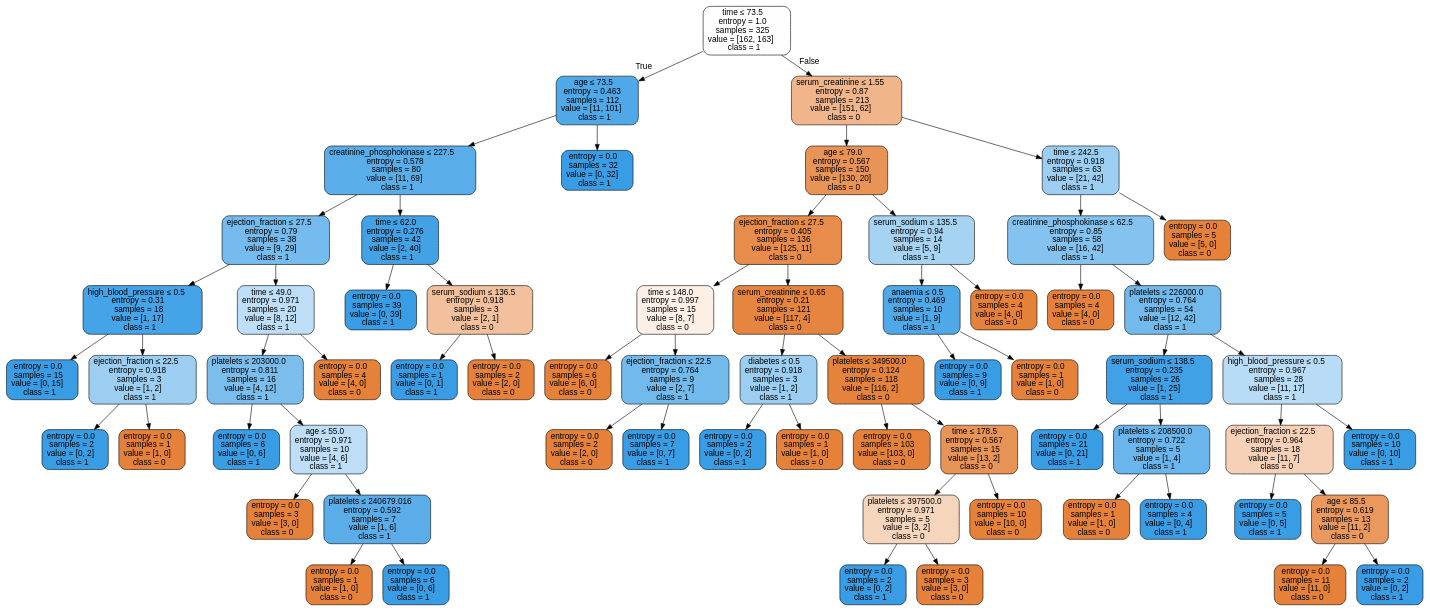
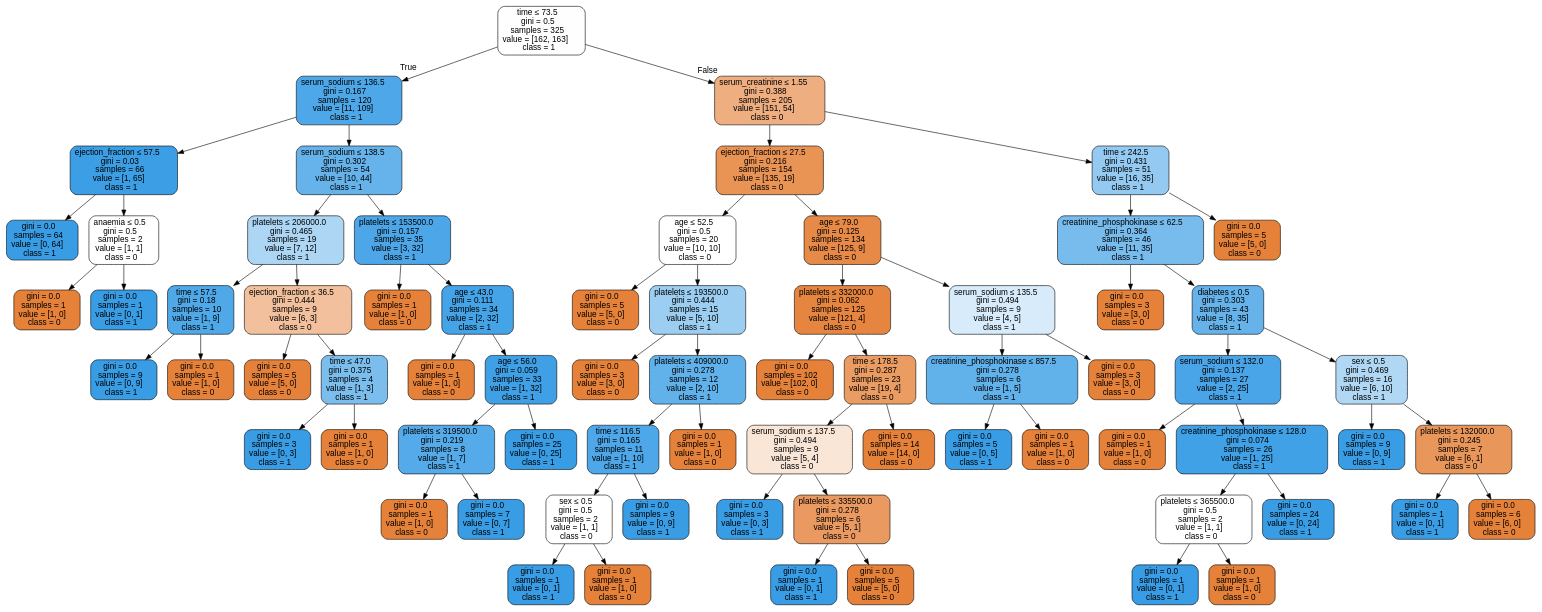
The diagram in Labs/NewClassifiers/Results/DecisionTrees/OverSample/First/HFCR - OverSample - dtree.dot (isabelSoares/CD-2021), drawn with Graphviz before and after one commit. The commit also changed 275 other files, not shown here.

```diff
--- a/Labs/NewClassifiers/Results/DecisionTrees/OverSample/First/HFCR - OverSample - dtree.dot
+++ b/Labs/NewClassifiers/Results/DecisionTrees/OverSample/First/HFCR - OverSample - dtree.dot
@@ -1,133 +1,145 @@
 digraph Tree {
 node [shape=box, style="filled, rounded", color="black", fontname=helvetica] ;
 edge [fontname=helvetica] ;
-0 [label=<time &le; 73.5<br/>entropy = 1.0<br/>samples = 325<br/>value = [162, 163]<br/>class = 1>, fillcolor="#fefeff"] ;
-1 [label=<age &le; 73.5<br/>entropy = 0.463<br/>samples = 112<br/>value = [11, 101]<br/>class = 1>, fillcolor="#4fa8e8"] ;
+0 [label=<time &le; 73.5<br/>gini = 0.5<br/>samples = 325<br/>value = [162, 163]<br/>class = 1>, fillcolor="#fefeff"] ;
+1 [label=<serum_sodium &le; 136.5<br/>gini = 0.167<br/>samples = 120<br/>value = [11, 109]<br/>class = 1>, fillcolor="#4da7e8"] ;
 0 -> 1 [labeldistance=2.5, labelangle=45, headlabel="True"] ;
-2 [label=<creatinine_phosphokinase &le; 227.5<br/>entropy = 0.578<br/>samples = 80<br/>value = [11, 69]<br/>class = 1>, fillcolor="#59ade9"] ;
+2 [label=<ejection_fraction &le; 57.5<br/>gini = 0.03<br/>samples = 66<br/>value = [1, 65]<br/>class = 1>, fillcolor="#3c9fe5"] ;
 1 -> 2 ;
-3 [label=<ejection_fraction &le; 27.5<br/>entropy = 0.79<br/>samples = 38<br/>value = [9, 29]<br/>class = 1>, fillcolor="#76bbed"] ;
+3 [label=<gini = 0.0<br/>samples = 64<br/>value = [0, 64]<br/>class = 1>, fillcolor="#399de5"] ;
 2 -> 3 ;
-4 [label=<high_blood_pressure &le; 0.5<br/>entropy = 0.31<br/>samples = 18<br/>value = [1, 17]<br/>class = 1>, fillcolor="#45a3e7"] ;
-3 -> 4 ;
-5 [label=<entropy = 0.0<br/>samples = 15<br/>value = [0, 15]<br/>class = 1>, fillcolor="#399de5"] ;
+4 [label=<anaemia &le; 0.5<br/>gini = 0.5<br/>samples = 2<br/>value = [1, 1]<br/>class = 0>, fillcolor="#ffffff"] ;
+2 -> 4 ;
+5 [label=<gini = 0.0<br/>samples = 1<br/>value = [1, 0]<br/>class = 0>, fillcolor="#e58139"] ;
 4 -> 5 ;
-6 [label=<ejection_fraction &le; 22.5<br/>entropy = 0.918<br/>samples = 3<br/>value = [1, 2]<br/>class = 1>, fillcolor="#9ccef2"] ;
+6 [label=<gini = 0.0<br/>samples = 1<br/>value = [0, 1]<br/>class = 1>, fillcolor="#399de5"] ;
 4 -> 6 ;
-7 [label=<entropy = 0.0<br/>samples = 2<br/>value = [0, 2]<br/>class = 1>, fillcolor="#399de5"] ;
-6 -> 7 ;
-8 [label=<entropy = 0.0<br/>samples = 1<br/>value = [1, 0]<br/>class = 0>, fillcolor="#e58139"] ;
-6 -> 8 ;
-9 [label=<time &le; 49.0<br/>entropy = 0.971<br/>samples = 20<br/>value = [8, 12]<br/>class = 1>, fillcolor="#bddef6"] ;
-3 -> 9 ;
-10 [label=<platelets &le; 203000.0<br/>entropy = 0.811<br/>samples = 16<br/>value = [4, 12]<br/>class = 1>, fillcolor="#7bbeee"] ;
+7 [label=<serum_sodium &le; 138.5<br/>gini = 0.302<br/>samples = 54<br/>value = [10, 44]<br/>class = 1>, fillcolor="#66b3eb"] ;
+1 -> 7 ;
+8 [label=<platelets &le; 206000.0<br/>gini = 0.465<br/>samples = 19<br/>value = [7, 12]<br/>class = 1>, fillcolor="#acd6f4"] ;
+7 -> 8 ;
+9 [label=<time &le; 57.5<br/>gini = 0.18<br/>samples = 10<br/>value = [1, 9]<br/>class = 1>, fillcolor="#4fa8e8"] ;
+8 -> 9 ;
+10 [label=<gini = 0.0<br/>samples = 9<br/>value = [0, 9]<br/>class = 1>, fillcolor="#399de5"] ;
 9 -> 10 ;
-11 [label=<entropy = 0.0<br/>samples = 6<br/>value = [0, 6]<br/>class = 1>, fillcolor="#399de5"] ;
-10 -> 11 ;
-12 [label=<age &le; 55.0<br/>entropy = 0.971<br/>samples = 10<br/>value = [4, 6]<br/>class = 1>, fillcolor="#bddef6"] ;
-10 -> 12 ;
-13 [label=<entropy = 0.0<br/>samples = 3<br/>value = [3, 0]<br/>class = 0>, fillcolor="#e58139"] ;
+11 [label=<gini = 0.0<br/>samples = 1<br/>value = [1, 0]<br/>class = 0>, fillcolor="#e58139"] ;
+9 -> 11 ;
+12 [label=<ejection_fraction &le; 36.5<br/>gini = 0.444<br/>samples = 9<br/>value = [6, 3]<br/>class = 0>, fillcolor="#f2c09c"] ;
+8 -> 12 ;
+13 [label=<gini = 0.0<br/>samples = 5<br/>value = [5, 0]<br/>class = 0>, fillcolor="#e58139"] ;
 12 -> 13 ;
-14 [label=<platelets &le; 240679.016<br/>entropy = 0.592<br/>samples = 7<br/>value = [1, 6]<br/>class = 1>, fillcolor="#5aade9"] ;
+14 [label=<time &le; 47.0<br/>gini = 0.375<br/>samples = 4<br/>value = [1, 3]<br/>class = 1>, fillcolor="#7bbeee"] ;
 12 -> 14 ;
-15 [label=<entropy = 0.0<br/>samples = 1<br/>value = [1, 0]<br/>class = 0>, fillcolor="#e58139"] ;
+15 [label=<gini = 0.0<br/>samples = 3<br/>value = [0, 3]<br/>class = 1>, fillcolor="#399de5"] ;
 14 -> 15 ;
-16 [label=<entropy = 0.0<br/>samples = 6<br/>value = [0, 6]<br/>class = 1>, fillcolor="#399de5"] ;
+16 [label=<gini = 0.0<br/>samples = 1<br/>value = [1, 0]<br/>class = 0>, fillcolor="#e58139"] ;
 14 -> 16 ;
-17 [label=<entropy = 0.0<br/>samples = 4<br/>value = [4, 0]<br/>class = 0>, fillcolor="#e58139"] ;
-9 -> 17 ;
-18 [label=<time &le; 62.0<br/>entropy = 0.276<br/>samples = 42<br/>value = [2, 40]<br/>class = 1>, fillcolor="#43a2e6"] ;
-2 -> 18 ;
-19 [label=<entropy = 0.0<br/>samples = 39<br/>value = [0, 39]<br/>class = 1>, fillcolor="#399de5"] ;
-18 -> 19 ;
-20 [label=<serum_sodium &le; 136.5<br/>entropy = 0.918<br/>samples = 3<br/>value = [2, 1]<br/>class = 0>, fillcolor="#f2c09c"] ;
-18 -> 20 ;
-21 [label=<entropy = 0.0<br/>samples = 1<br/>value = [0, 1]<br/>class = 1>, fillcolor="#399de5"] ;
-20 -> 21 ;
-22 [label=<entropy = 0.0<br/>samples = 2<br/>value = [2, 0]<br/>class = 0>, fillcolor="#e58139"] ;
-20 -> 22 ;
-23 [label=<entropy = 0.0<br/>samples = 32<br/>value = [0, 32]<br/>class = 1>, fillcolor="#399de5"] ;
-1 -> 23 ;
-24 [label=<serum_creatinine &le; 1.55<br/>entropy = 0.87<br/>samples = 213<br/>value = [151, 62]<br/>class = 0>, fillcolor="#f0b58a"] ;
-0 -> 24 [labeldistance=2.5, labelangle=-45, headlabel="False"] ;
-25 [label=<age &le; 79.0<br/>entropy = 0.567<br/>samples = 150<br/>value = [130, 20]<br/>class = 0>, fillcolor="#e99457"] ;
-24 -> 25 ;
-26 [label=<ejection_fraction &le; 27.5<br/>entropy = 0.405<br/>samples = 136<br/>value = [125, 11]<br/>class = 0>, fillcolor="#e78c4a"] ;
-25 -> 26 ;
-27 [label=<time &le; 148.0<br/>entropy = 0.997<br/>samples = 15<br/>value = [8, 7]<br/>class = 0>, fillcolor="#fcefe6"] ;
+17 [label=<platelets &le; 153500.0<br/>gini = 0.157<br/>samples = 35<br/>value = [3, 32]<br/>class = 1>, fillcolor="#4ca6e7"] ;
+7 -> 17 ;
+18 [label=<gini = 0.0<br/>samples = 1<br/>value = [1, 0]<br/>class = 0>, fillcolor="#e58139"] ;
+17 -> 18 ;
+19 [label=<age &le; 43.0<br/>gini = 0.111<br/>samples = 34<br/>value = [2, 32]<br/>class = 1>, fillcolor="#45a3e7"] ;
+17 -> 19 ;
+20 [label=<gini = 0.0<br/>samples = 1<br/>value = [1, 0]<br/>class = 0>, fillcolor="#e58139"] ;
+19 -> 20 ;
+21 [label=<age &le; 56.0<br/>gini = 0.059<br/>samples = 33<br/>value = [1, 32]<br/>class = 1>, fillcolor="#3fa0e6"] ;
+19 -> 21 ;
+22 [label=<platelets &le; 319500.0<br/>gini = 0.219<br/>samples = 8<br/>value = [1, 7]<br/>class = 1>, fillcolor="#55abe9"] ;
+21 -> 22 ;
+23 [label=<gini = 0.0<br/>samples = 1<br/>value = [1, 0]<br/>class = 0>, fillcolor="#e58139"] ;
+22 -> 23 ;
+24 [label=<gini = 0.0<br/>samples = 7<br/>value = [0, 7]<br/>class = 1>, fillcolor="#399de5"] ;
+22 -> 24 ;
+25 [label=<gini = 0.0<br/>samples = 25<br/>value = [0, 25]<br/>class = 1>, fillcolor="#399de5"] ;
+21 -> 25 ;
+26 [label=<serum_creatinine &le; 1.55<br/>gini = 0.388<br/>samples = 205<br/>value = [151, 54]<br/>class = 0>, fillcolor="#eeae80"] ;
+0 -> 26 [labeldistance=2.5, labelangle=-45, headlabel="False"] ;
+27 [label=<ejection_fraction &le; 27.5<br/>gini = 0.216<br/>samples = 154<br/>value = [135, 19]<br/>class = 0>, fillcolor="#e99355"] ;
 26 -> 27 ;
-28 [label=<entropy = 0.0<br/>samples = 6<br/>value = [6, 0]<br/>class = 0>, fillcolor="#e58139"] ;
+28 [label=<age &le; 52.5<br/>gini = 0.5<br/>samples = 20<br/>value = [10, 10]<br/>class = 0>, fillcolor="#ffffff"] ;
 27 -> 28 ;
-29 [label=<ejection_fraction &le; 22.5<br/>entropy = 0.764<br/>samples = 9<br/>value = [2, 7]<br/>class = 1>, fillcolor="#72b9ec"] ;
-27 -> 29 ;
-30 [label=<entropy = 0.0<br/>samples = 2<br/>value = [2, 0]<br/>class = 0>, fillcolor="#e58139"] ;
-29 -> 30 ;
-31 [label=<entropy = 0.0<br/>samples = 7<br/>value = [0, 7]<br/>class = 1>, fillcolor="#399de5"] ;
-29 -> 31 ;
-32 [label=<serum_creatinine &le; 0.65<br/>entropy = 0.21<br/>samples = 121<br/>value = [117, 4]<br/>class = 0>, fillcolor="#e68540"] ;
-26 -> 32 ;
-33 [label=<diabetes &le; 0.5<br/>entropy = 0.918<br/>samples = 3<br/>value = [1, 2]<br/>class = 1>, fillcolor="#9ccef2"] ;
+29 [label=<gini = 0.0<br/>samples = 5<br/>value = [5, 0]<br/>class = 0>, fillcolor="#e58139"] ;
+28 -> 29 ;
+30 [label=<platelets &le; 193500.0<br/>gini = 0.444<br/>samples = 15<br/>value = [5, 10]<br/>class = 1>, fillcolor="#9ccef2"] ;
+28 -> 30 ;
+31 [label=<gini = 0.0<br/>samples = 3<br/>value = [3, 0]<br/>class = 0>, fillcolor="#e58139"] ;
+30 -> 31 ;
+32 [label=<platelets &le; 409000.0<br/>gini = 0.278<br/>samples = 12<br/>value = [2, 10]<br/>class = 1>, fillcolor="#61b1ea"] ;
+30 -> 32 ;
+33 [label=<time &le; 116.5<br/>gini = 0.165<br/>samples = 11<br/>value = [1, 10]<br/>class = 1>, fillcolor="#4da7e8"] ;
 32 -> 33 ;
-34 [label=<entropy = 0.0<br/>samples = 2<br/>value = [0, 2]<br/>class = 1>, fillcolor="#399de5"] ;
+34 [label=<sex &le; 0.5<br/>gini = 0.5<br/>samples = 2<br/>value = [1, 1]<br/>class = 0>, fillcolor="#ffffff"] ;
 33 -> 34 ;
-35 [label=<entropy = 0.0<br/>samples = 1<br/>value = [1, 0]<br/>class = 0>, fillcolor="#e58139"] ;
-33 -> 35 ;
-36 [label=<platelets &le; 349500.0<br/>entropy = 0.124<br/>samples = 118<br/>value = [116, 2]<br/>class = 0>, fillcolor="#e5833c"] ;
-32 -> 36 ;
-37 [label=<entropy = 0.0<br/>samples = 103<br/>value = [103, 0]<br/>class = 0>, fillcolor="#e58139"] ;
-36 -> 37 ;
-38 [label=<time &le; 178.5<br/>entropy = 0.567<br/>samples = 15<br/>value = [13, 2]<br/>class = 0>, fillcolor="#e99457"] ;
-36 -> 38 ;
-39 [label=<platelets &le; 397500.0<br/>entropy = 0.971<br/>samples = 5<br/>value = [3, 2]<br/>class = 0>, fillcolor="#f6d5bd"] ;
-38 -> 39 ;
-40 [label=<entropy = 0.0<br/>samples = 2<br/>value = [0, 2]<br/>class = 1>, fillcolor="#399de5"] ;
+35 [label=<gini = 0.0<br/>samples = 1<br/>value = [0, 1]<br/>class = 1>, fillcolor="#399de5"] ;
+34 -> 35 ;
+36 [label=<gini = 0.0<br/>samples = 1<br/>value = [1, 0]<br/>class = 0>, fillcolor="#e58139"] ;
+34 -> 36 ;
+37 [label=<gini = 0.0<br/>samples = 9<br/>value = [0, 9]<br/>class = 1>, fillcolor="#399de5"] ;
+33 -> 37 ;
+38 [label=<gini = 0.0<br/>samples = 1<br/>value = [1, 0]<br/>class = 0>, fillcolor="#e58139"] ;
+32 -> 38 ;
+39 [label=<age &le; 79.0<br/>gini = 0.125<br/>samples = 134<br/>value = [125, 9]<br/>class = 0>, fillcolor="#e78a47"] ;
+27 -> 39 ;
+40 [label=<platelets &le; 332000.0<br/>gini = 0.062<br/>samples = 125<br/>value = [121, 4]<br/>class = 0>, fillcolor="#e68540"] ;
 39 -> 40 ;
-41 [label=<entropy = 0.0<br/>samples = 3<br/>value = [3, 0]<br/>class = 0>, fillcolor="#e58139"] ;
-39 -> 41 ;
-42 [label=<entropy = 0.0<br/>samples = 10<br/>value = [10, 0]<br/>class = 0>, fillcolor="#e58139"] ;
-38 -> 42 ;
-43 [label=<serum_sodium &le; 135.5<br/>entropy = 0.94<br/>samples = 14<br/>value = [5, 9]<br/>class = 1>, fillcolor="#a7d3f3"] ;
-25 -> 43 ;
-44 [label=<anaemia &le; 0.5<br/>entropy = 0.469<br/>samples = 10<br/>value = [1, 9]<br/>class = 1>, fillcolor="#4fa8e8"] ;
+41 [label=<gini = 0.0<br/>samples = 102<br/>value = [102, 0]<br/>class = 0>, fillcolor="#e58139"] ;
+40 -> 41 ;
+42 [label=<time &le; 178.5<br/>gini = 0.287<br/>samples = 23<br/>value = [19, 4]<br/>class = 0>, fillcolor="#ea9c63"] ;
+40 -> 42 ;
+43 [label=<serum_sodium &le; 137.5<br/>gini = 0.494<br/>samples = 9<br/>value = [5, 4]<br/>class = 0>, fillcolor="#fae6d7"] ;
+42 -> 43 ;
+44 [label=<gini = 0.0<br/>samples = 3<br/>value = [0, 3]<br/>class = 1>, fillcolor="#399de5"] ;
 43 -> 44 ;
-45 [label=<entropy = 0.0<br/>samples = 9<br/>value = [0, 9]<br/>class = 1>, fillcolor="#399de5"] ;
-44 -> 45 ;
-46 [label=<entropy = 0.0<br/>samples = 1<br/>value = [1, 0]<br/>class = 0>, fillcolor="#e58139"] ;
-44 -> 46 ;
-47 [label=<entropy = 0.0<br/>samples = 4<br/>value = [4, 0]<br/>class = 0>, fillcolor="#e58139"] ;
-43 -> 47 ;
-48 [label=<time &le; 242.5<br/>entropy = 0.918<br/>samples = 63<br/>value = [21, 42]<br/>class = 1>, fillcolor="#9ccef2"] ;
-24 -> 48 ;
-49 [label=<creatinine_phosphokinase &le; 62.5<br/>entropy = 0.85<br/>samples = 58<br/>value = [16, 42]<br/>class = 1>, fillcolor="#84c2ef"] ;
-48 -> 49 ;
-50 [label=<entropy = 0.0<br/>samples = 4<br/>value = [4, 0]<br/>class = 0>, fillcolor="#e58139"] ;
+45 [label=<platelets &le; 335500.0<br/>gini = 0.278<br/>samples = 6<br/>value = [5, 1]<br/>class = 0>, fillcolor="#ea9a61"] ;
+43 -> 45 ;
+46 [label=<gini = 0.0<br/>samples = 1<br/>value = [0, 1]<br/>class = 1>, fillcolor="#399de5"] ;
+45 -> 46 ;
+47 [label=<gini = 0.0<br/>samples = 5<br/>value = [5, 0]<br/>class = 0>, fillcolor="#e58139"] ;
+45 -> 47 ;
+48 [label=<gini = 0.0<br/>samples = 14<br/>value = [14, 0]<br/>class = 0>, fillcolor="#e58139"] ;
+42 -> 48 ;
+49 [label=<serum_sodium &le; 135.5<br/>gini = 0.494<br/>samples = 9<br/>value = [4, 5]<br/>class = 1>, fillcolor="#d7ebfa"] ;
+39 -> 49 ;
+50 [label=<creatinine_phosphokinase &le; 857.5<br/>gini = 0.278<br/>samples = 6<br/>value = [1, 5]<br/>class = 1>, fillcolor="#61b1ea"] ;
 49 -> 50 ;
-51 [label=<platelets &le; 226000.0<br/>entropy = 0.764<br/>samples = 54<br/>value = [12, 42]<br/>class = 1>, fillcolor="#72b9ec"] ;
-49 -> 51 ;
-52 [label=<serum_sodium &le; 138.5<br/>entropy = 0.235<br/>samples = 26<br/>value = [1, 25]<br/>class = 1>, fillcolor="#41a1e6"] ;
-51 -> 52 ;
-53 [label=<entropy = 0.0<br/>samples = 21<br/>value = [0, 21]<br/>class = 1>, fillcolor="#399de5"] ;
-52 -> 53 ;
-54 [label=<platelets &le; 208500.0<br/>entropy = 0.722<br/>samples = 5<br/>value = [1, 4]<br/>class = 1>, fillcolor="#6ab6ec"] ;
-52 -> 54 ;
-55 [label=<entropy = 0.0<br/>samples = 1<br/>value = [1, 0]<br/>class = 0>, fillcolor="#e58139"] ;
+51 [label=<gini = 0.0<br/>samples = 5<br/>value = [0, 5]<br/>class = 1>, fillcolor="#399de5"] ;
+50 -> 51 ;
+52 [label=<gini = 0.0<br/>samples = 1<br/>value = [1, 0]<br/>class = 0>, fillcolor="#e58139"] ;
+50 -> 52 ;
+53 [label=<gini = 0.0<br/>samples = 3<br/>value = [3, 0]<br/>class = 0>, fillcolor="#e58139"] ;
+49 -> 53 ;
+54 [label=<time &le; 242.5<br/>gini = 0.431<br/>samples = 51<br/>value = [16, 35]<br/>class = 1>, fillcolor="#94caf1"] ;
+26 -> 54 ;
+55 [label=<creatinine_phosphokinase &le; 62.5<br/>gini = 0.364<br/>samples = 46<br/>value = [11, 35]<br/>class = 1>, fillcolor="#77bced"] ;
 54 -> 55 ;
-56 [label=<entropy = 0.0<br/>samples = 4<br/>value = [0, 4]<br/>class = 1>, fillcolor="#399de5"] ;
-54 -> 56 ;
-57 [label=<high_blood_pressure &le; 0.5<br/>entropy = 0.967<br/>samples = 28<br/>value = [11, 17]<br/>class = 1>, fillcolor="#b9dcf6"] ;
-51 -> 57 ;
-58 [label=<ejection_fraction &le; 22.5<br/>entropy = 0.964<br/>samples = 18<br/>value = [11, 7]<br/>class = 0>, fillcolor="#f6d1b7"] ;
+56 [label=<gini = 0.0<br/>samples = 3<br/>value = [3, 0]<br/>class = 0>, fillcolor="#e58139"] ;
+55 -> 56 ;
+57 [label=<diabetes &le; 0.5<br/>gini = 0.303<br/>samples = 43<br/>value = [8, 35]<br/>class = 1>, fillcolor="#66b3eb"] ;
+55 -> 57 ;
+58 [label=<serum_sodium &le; 132.0<br/>gini = 0.137<br/>samples = 27<br/>value = [2, 25]<br/>class = 1>, fillcolor="#49a5e7"] ;
 57 -> 58 ;
-59 [label=<entropy = 0.0<br/>samples = 5<br/>value = [0, 5]<br/>class = 1>, fillcolor="#399de5"] ;
+59 [label=<gini = 0.0<br/>samples = 1<br/>value = [1, 0]<br/>class = 0>, fillcolor="#e58139"] ;
 58 -> 59 ;
-60 [label=<age &le; 85.5<br/>entropy = 0.619<br/>samples = 13<br/>value = [11, 2]<br/>class = 0>, fillcolor="#ea985d"] ;
+60 [label=<creatinine_phosphokinase &le; 128.0<br/>gini = 0.074<br/>samples = 26<br/>value = [1, 25]<br/>class = 1>, fillcolor="#41a1e6"] ;
 58 -> 60 ;
-61 [label=<entropy = 0.0<br/>samples = 11<br/>value = [11, 0]<br/>class = 0>, fillcolor="#e58139"] ;
+61 [label=<platelets &le; 365500.0<br/>gini = 0.5<br/>samples = 2<br/>value = [1, 1]<br/>class = 0>, fillcolor="#ffffff"] ;
 60 -> 61 ;
-62 [label=<entropy = 0.0<br/>samples = 2<br/>value = [0, 2]<br/>class = 1>, fillcolor="#399de5"] ;
-60 -> 62 ;
-63 [label=<entropy = 0.0<br/>samples = 10<br/>value = [0, 10]<br/>class = 1>, fillcolor="#399de5"] ;
-57 -> 63 ;
-64 [label=<entropy = 0.0<br/>samples = 5<br/>value = [5, 0]<br/>class = 0>, fillcolor="#e58139"] ;
-48 -> 64 ;
+62 [label=<gini = 0.0<br/>samples = 1<br/>value = [0, 1]<br/>class = 1>, fillcolor="#399de5"] ;
+61 -> 62 ;
+63 [label=<gini = 0.0<br/>samples = 1<br/>value = [1, 0]<br/>class = 0>, fillcolor="#e58139"] ;
+61 -> 63 ;
+64 [label=<gini = 0.0<br/>samples = 24<br/>value = [0, 24]<br/>class = 1>, fillcolor="#399de5"] ;
+60 -> 64 ;
+65 [label=<sex &le; 0.5<br/>gini = 0.469<br/>samples = 16<br/>value = [6, 10]<br/>class = 1>, fillcolor="#b0d8f5"] ;
+57 -> 65 ;
+66 [label=<gini = 0.0<br/>samples = 9<br/>value = [0, 9]<br/>class = 1>, fillcolor="#399de5"] ;
+65 -> 66 ;
+67 [label=<platelets &le; 132000.0<br/>gini = 0.245<br/>samples = 7<br/>value = [6, 1]<br/>class = 0>, fillcolor="#e9965a"] ;
+65 -> 67 ;
+68 [label=<gini = 0.0<br/>samples = 1<br/>value = [0, 1]<br/>class = 1>, fillcolor="#399de5"] ;
+67 -> 68 ;
+69 [label=<gini = 0.0<br/>samples = 6<br/>value = [6, 0]<br/>class = 0>, fillcolor="#e58139"] ;
+67 -> 69 ;
+70 [label=<gini = 0.0<br/>samples = 5<br/>value = [5, 0]<br/>class = 0>, fillcolor="#e58139"] ;
+54 -> 70 ;
 }
```
